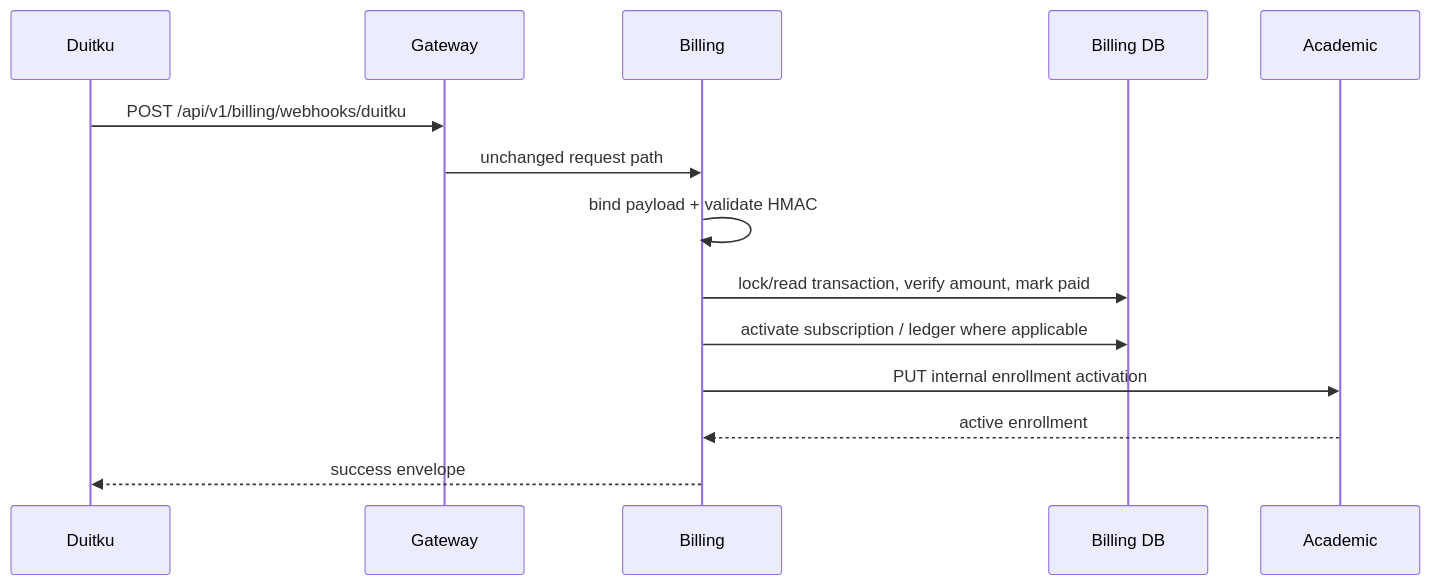
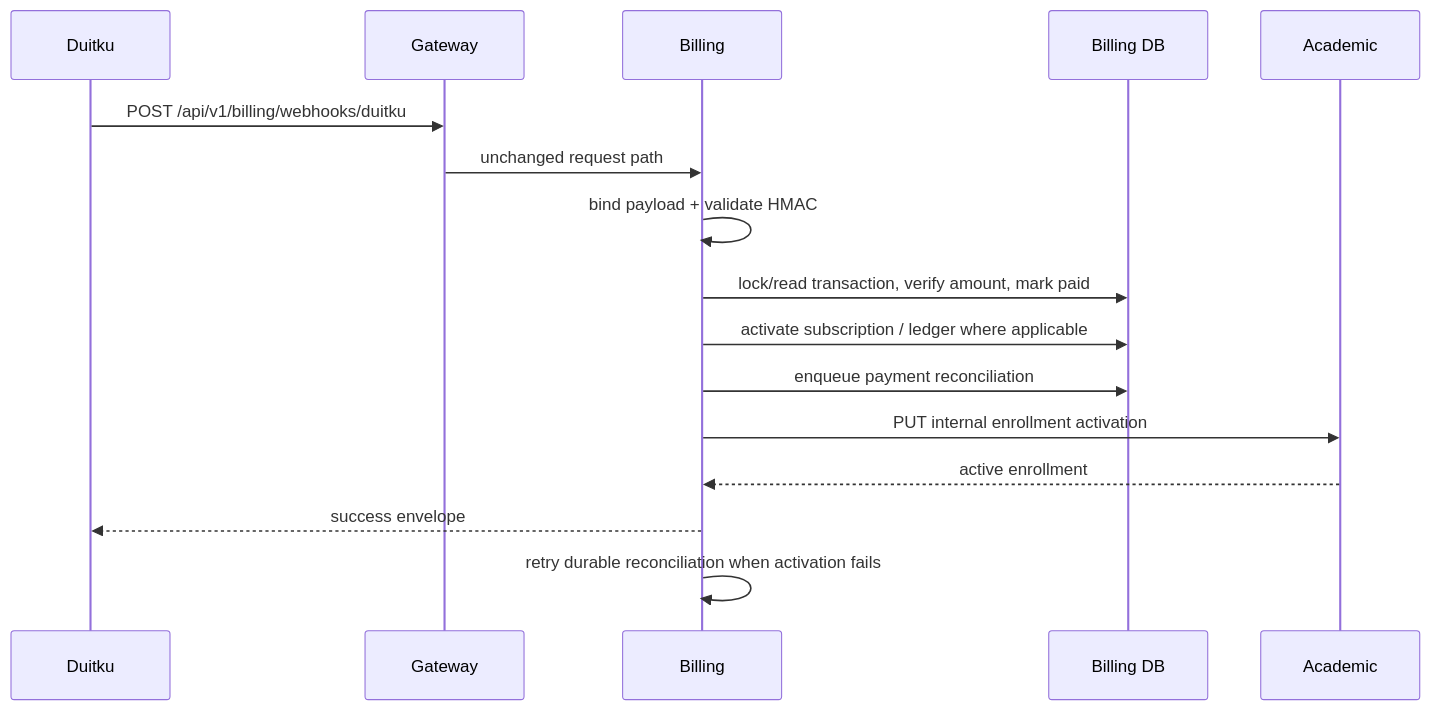
Before and after one commit to kelolakelas/kelolakelas-docs: the diagram in docs/flows/payment-callback.md, drawn with Mermaid. The commit also changed other lines of this file and 9 other files, not shown here.

First line of the commit message:
KEL-8: document durable payment reconciliation (#9)

````diff
--- a/docs/flows/payment-callback.md
+++ b/docs/flows/payment-callback.md
@@ -3,16 +3,18 @@
 ```mermaid
 sequenceDiagram
   participant D as Duitku
   participant G as Gateway
   participant B as Billing
   participant DB as Billing DB
   participant A as Academic
   D->>G: POST /api/v1/billing/webhooks/duitku
   G->>B: unchanged request path
   B->>B: bind payload + validate HMAC
   B->>DB: lock/read transaction, verify amount, mark paid
   B->>DB: activate subscription / ledger where applicable
+  B->>DB: enqueue payment reconciliation
   B->>A: PUT internal enrollment activation
   A-->>B: active enrollment
   B-->>D: success envelope
+  B->>B: retry durable reconciliation when activation fails
 ```
````
